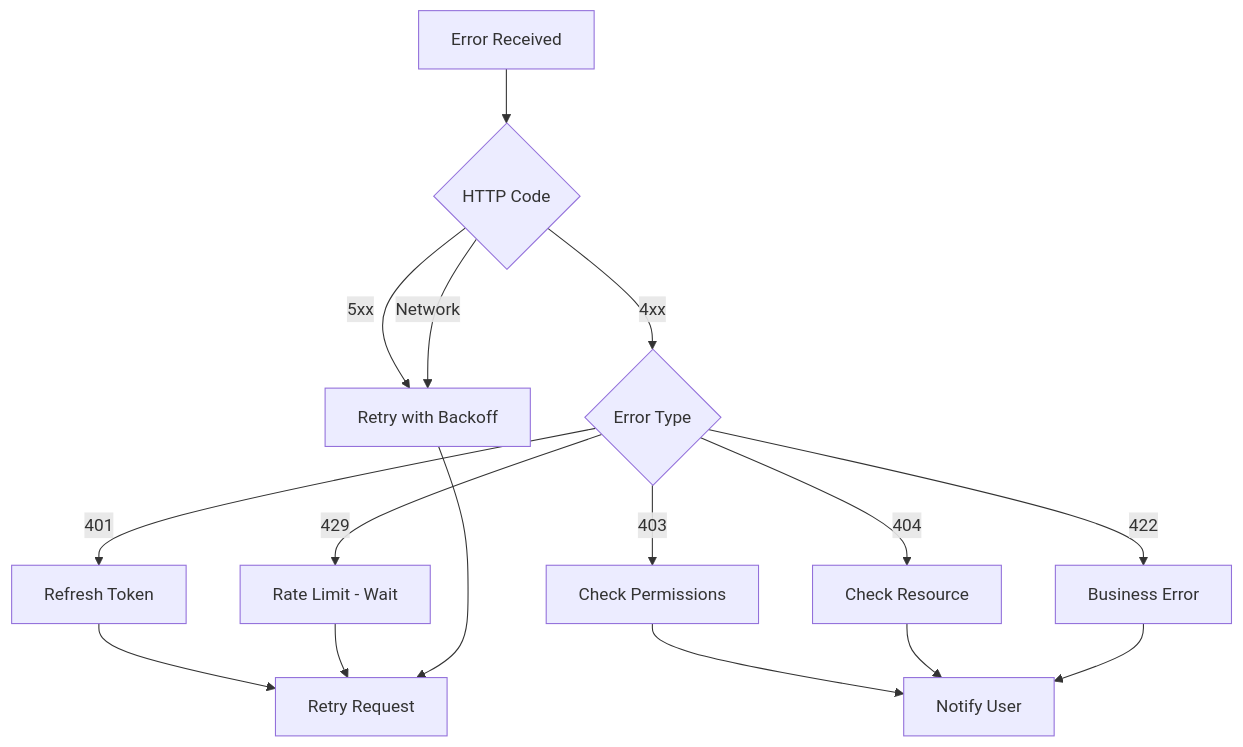
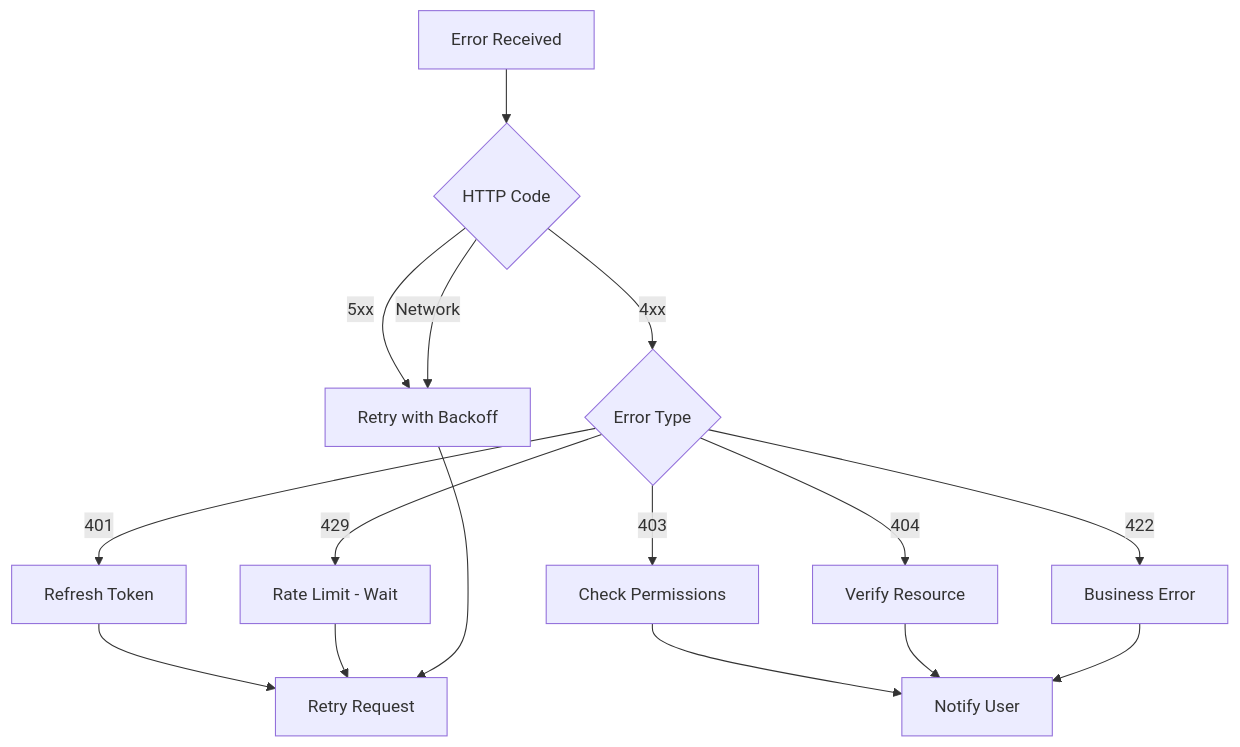
The diagram in en/guides/errors.mdx (GetClamo/docs), drawn with Mermaid before and after one commit. The commit also changed other lines of this file and 33 other files, not shown here.

````diff
--- a/en/guides/errors.mdx
+++ b/en/guides/errors.mdx
@@ -26,21 +26,21 @@
 ```mermaid
 flowchart TD
     A[Error Received] --> B{HTTP Code}
     B -->|4xx| C{Error Type}
     B -->|5xx| D[Retry with Backoff]
     B -->|Network| D
     
     C -->|401| E[Refresh Token]
     C -->|403| F[Check Permissions]
-    C -->|404| G[Check Resource]
+    C -->|404| G[Verify Resource]
     C -->|422| H[Business Error]
     C -->|429| I[Rate Limit - Wait]
     
     E --> J[Retry Request]
     I --> J
     D --> J
     
     F --> K[Notify User]
     G --> K
     H --> K
 ```
````
